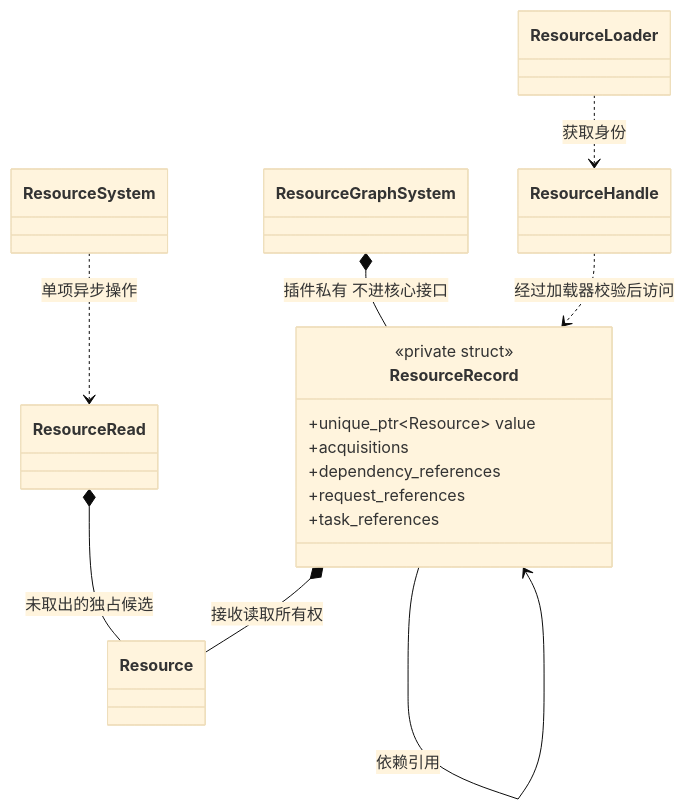
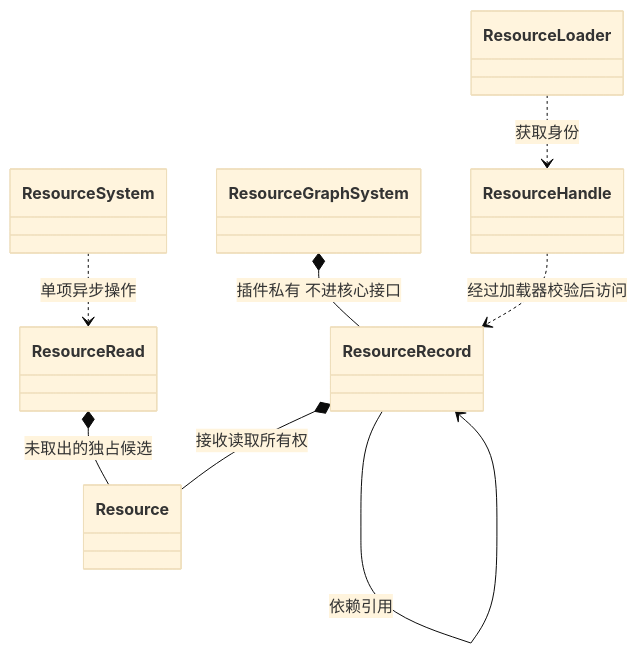
Before and after one commit to lcals/Engine: the second of 2 diagrams in docs/runtime/class-diagrams/resource.md, drawn with Mermaid (base theme). The commit also changed other lines of this file and 133 other files, not shown here.

Commit message:
Simplify engine implementations under reviewed class diagrams

````diff
--- a/docs/runtime/class-diagrams/resource.md
+++ b/docs/runtime/class-diagrams/resource.md
@@ -46,24 +46,17 @@
 ```mermaid
 classDiagram
     class ResourceSystem
     class ResourceRead
     class ResourceGraphSystem
-    class ResourceRecord {
-        <<private struct>>
-        +unique_ptr~Resource~ value
-        +acquisitions
-        +dependency_references
-        +request_references
-        +task_references
-    }
+    class ResourceRecord
     class Resource
     class ResourceHandle
     class ResourceLoader
     ResourceSystem ..> ResourceRead : 单项异步操作
     ResourceRead *-- Resource : 未取出的独占候选
     ResourceGraphSystem *-- ResourceRecord : 插件私有 不进核心接口
     ResourceRecord *-- Resource : 接收读取所有权
     ResourceRecord --> ResourceRecord : 依赖引用
     ResourceLoader ..> ResourceHandle : 获取身份
     ResourceHandle ..> ResourceRecord : 经过加载器校验后访问
 ```
````
